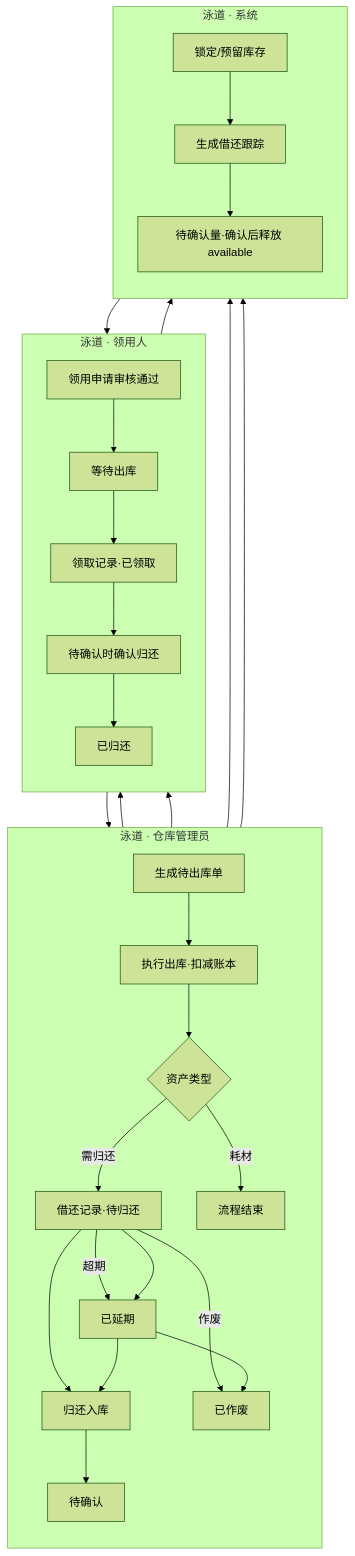
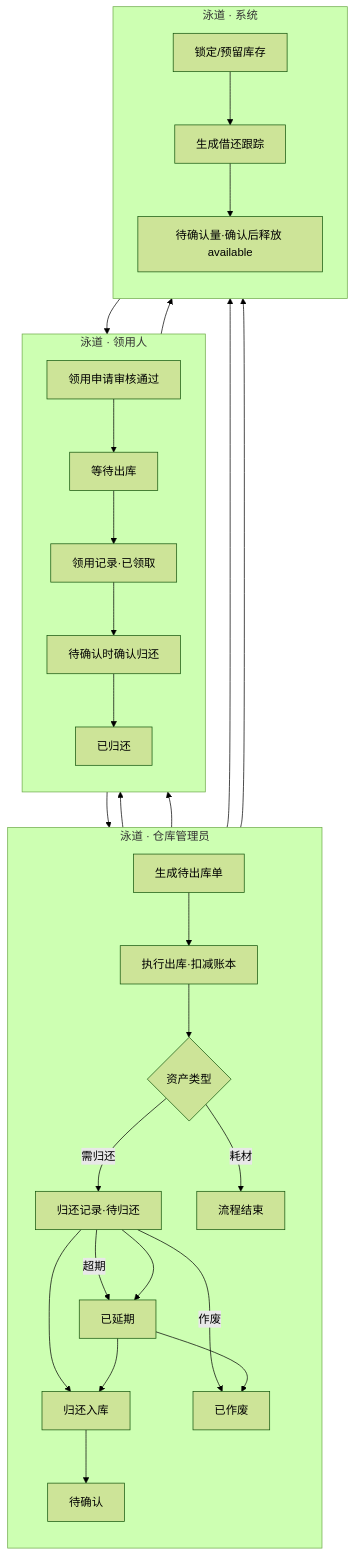
One commit to liaoliao66/wms changed the third of 34 diagrams in docs/prd.md. Above: the diagram before and after it, drawn with Mermaid (forest theme). The commit also changed other lines of this file and 20 other files, not shown here.

````diff
--- a/docs/prd.md
+++ b/docs/prd.md
@@ -519,39 +519,39 @@
 ```mermaid
 flowchart TB
     subgraph r_req["泳道 · 领用人"]
         direction TB
         U1["领用申请审核通过"] --> U2["等待出库"]
-        U2 --> U3["领取记录·已领取"]
+        U2 --> U3["领用记录·已领取"]
         U3 --> U4["待确认时确认归还"]
         U4 --> U5["已归还"]
     end
 
     subgraph r_wh["泳道 · 仓库管理员"]
         direction TB
         W1["生成待出库单"] --> W2["执行出库·扣减账本"]
         W2 --> W3{"资产类型"}
-        W3 -->|"需归还"| W4["借还记录·待归还"]
+        W3 -->|"需归还"| W4["归还记录·待归还"]
         W3 -->|"耗材"| W6["流程结束"]
         W4 --> W5["归还入库"]
         W5 --> W7["待确认"]
         W4 -->|"超期"| W8["已延期"]
         W4 --> W8
         W4 -->|"作废"| W9["已作废"]
         W8 --> W9
         W8 --> W5
     end
 
     subgraph r_sys["泳道 · 系统"]
         direction TB
         S1["锁定/预留库存"] --> S2["生成借还跟踪"]
         S2 --> S3["待确认量·确认后释放 available"]
     end
 
     U1 --> W1
     W2 --> U3
     W2 --> S1
     W4 --> S2
     W7 --> U4
     U4 --> S3
     S3 --> U5
 ```
````
